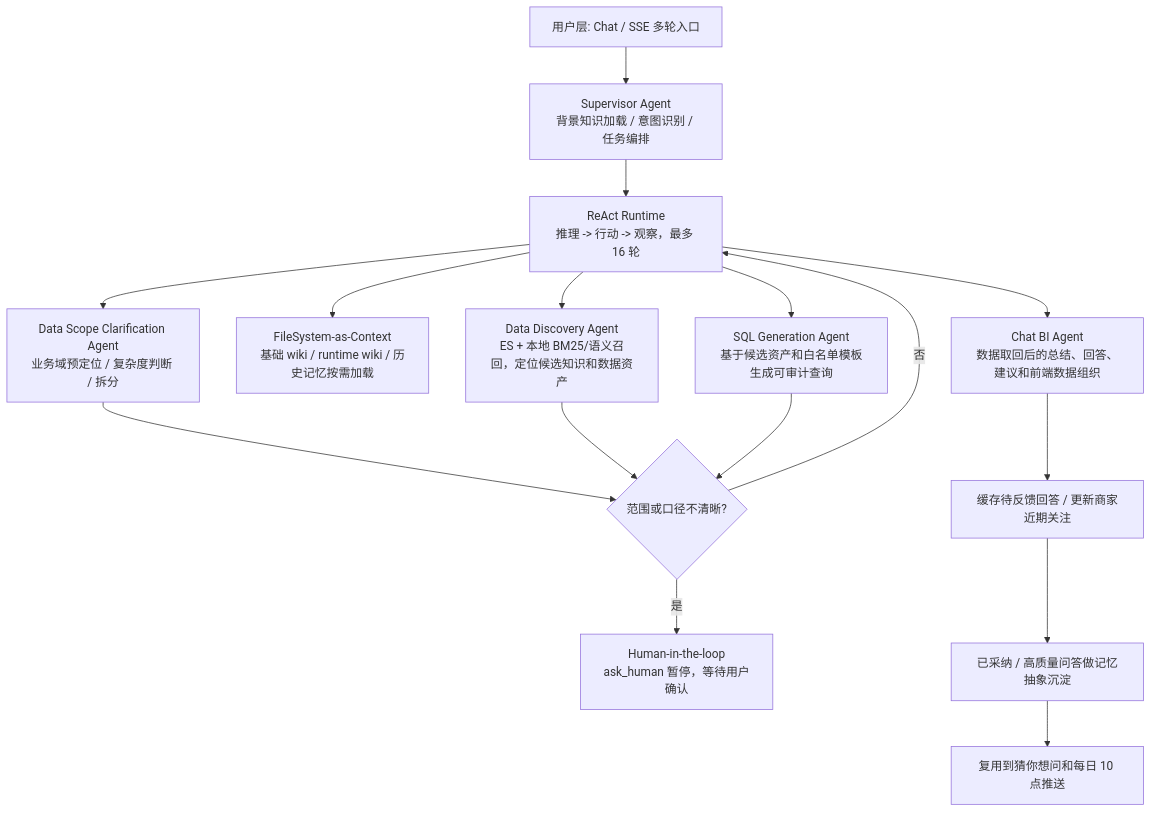
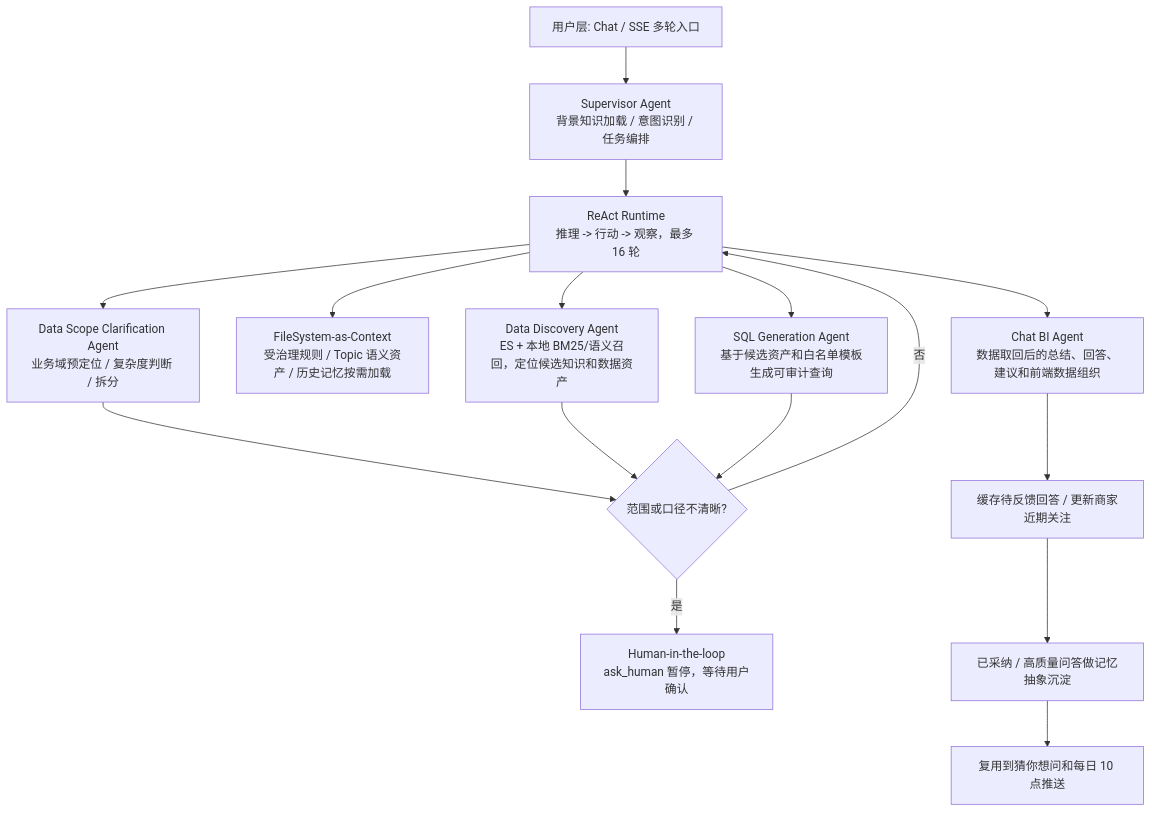
The diagram in docs/architecture.md (shirleymjh/merchant-ai), drawn with Mermaid before and after one commit. The commit also changed other lines of this file and 27 other files, not shown here.

````diff
--- a/docs/architecture.md
+++ b/docs/architecture.md
@@ -5,18 +5,18 @@
 ```mermaid
 flowchart TB
   A["用户层: Chat / SSE 多轮入口"] --> B["Supervisor Agent<br/>背景知识加载 / 意图识别 / 任务编排"]
   B --> C["ReAct Runtime<br/>推理 -> 行动 -> 观察，最多 16 轮"]
   C --> D["Data Scope Clarification Agent<br/>业务域预定位 / 复杂度判断 / 拆分"]
-  C --> E["FileSystem-as-Context<br/>基础 wiki / runtime wiki / 历史记忆按需加载"]
+  C --> E["FileSystem-as-Context<br/>受治理规则 / Topic 语义资产 / 历史记忆按需加载"]
   C --> F["Data Discovery Agent<br/>ES + 本地 BM25/语义召回，定位候选知识和数据资产"]
   C --> G["SQL Generation Agent<br/>基于候选资产和白名单模板生成可审计查询"]
   C --> H["Chat BI Agent<br/>数据取回后的总结、回答、建议和前端数据组织"]
   D --> I{"范围或口径不清晰?"}
   F --> I
   G --> I
   I -->|是| J["Human-in-the-loop<br/>ask_human 暂停，等待用户确认"]
   I -->|否| C
   H --> K["缓存待反馈回答 / 更新商家近期关注"]
   K --> L["已采纳 / 高质量问答做记忆抽象沉淀"]
   L --> M["复用到猜你想问和每日 10 点推送"]
 ```
````
